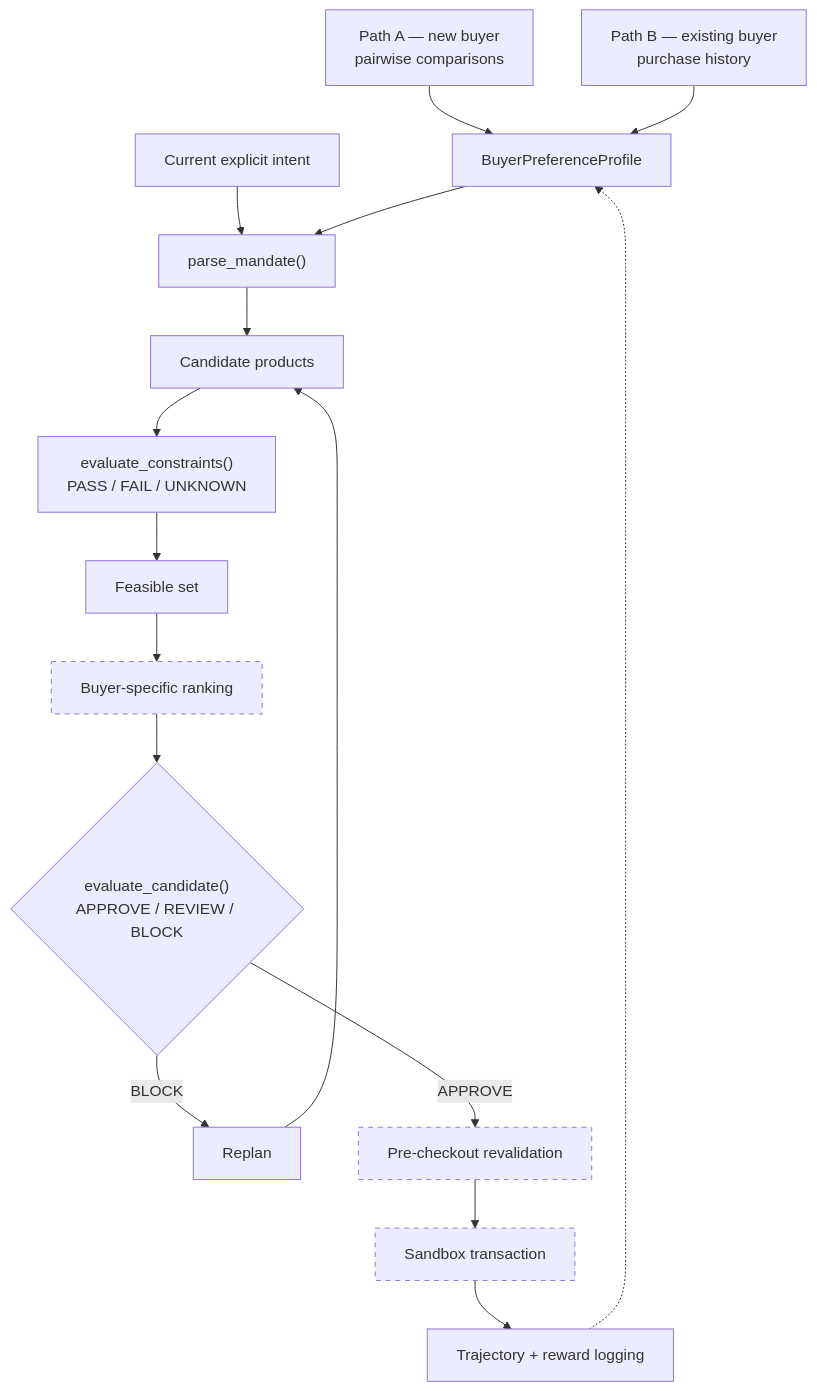
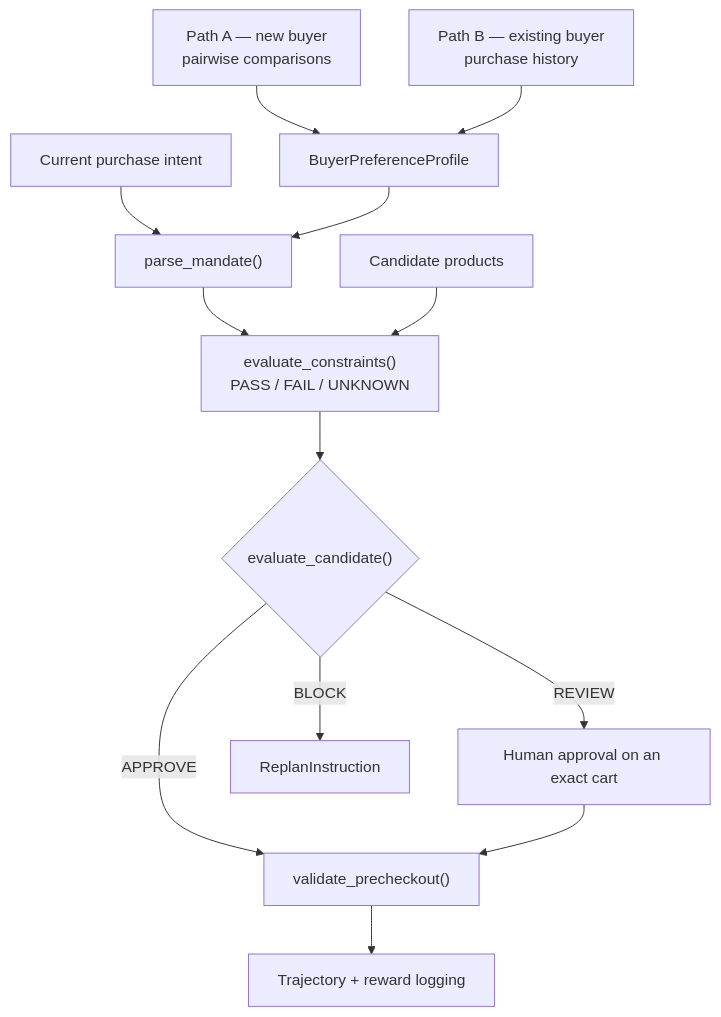
The diagram in README.md (sasap91/buyeragent), drawn with Mermaid before and after one commit. The commit also changed other lines of this file, not shown here.

````diff
--- a/README.md
+++ b/README.md
@@ -94,22 +33,15 @@
 ```mermaid
 flowchart TD
     A["Path A — new buyer<br/>pairwise comparisons"] --> P[BuyerPreferenceProfile]
     B["Path B — existing buyer<br/>purchase history"] --> P
-    I[Current explicit intent] --> M
+    I[Current purchase intent] --> M
     P --> M["parse_mandate()"]
-    M --> C[Candidate products]
-    C --> E["evaluate_constraints()<br/>PASS / FAIL / UNKNOWN"]
-    E --> F[Feasible set]
-    F --> R[Buyer-specific ranking]
-    R --> D{"evaluate_candidate()<br/>APPROVE / REVIEW / BLOCK"}
-    D -->|BLOCK| RP[Replan]
-    RP --> C
-    D -->|APPROVE| V[Pre-checkout revalidation]
-    V --> X[Sandbox transaction]
-    X --> L[Trajectory + reward logging]
-    L -.-> P
-
-    style R stroke-dasharray: 5 5
-    style V stroke-dasharray: 5 5
-    style X stroke-dasharray: 5 5
+    M --> E["evaluate_constraints()<br/>PASS / FAIL / UNKNOWN"]
+    C[Candidate products] --> E
+    E --> D{"evaluate_candidate()"}
+    D -->|APPROVE| V["validate_precheckout()"]
+    D -->|REVIEW| H[Human approval on an exact cart]
+    D -->|BLOCK| R[ReplanInstruction]
+    H --> V
+    V --> L["Trajectory + reward logging"]
 ```
````
